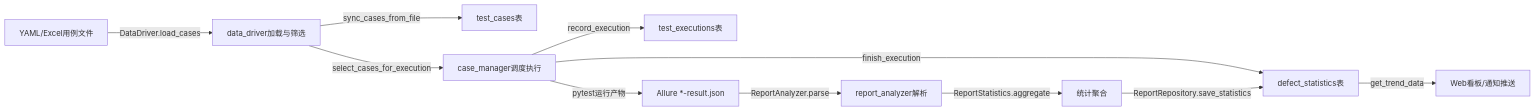
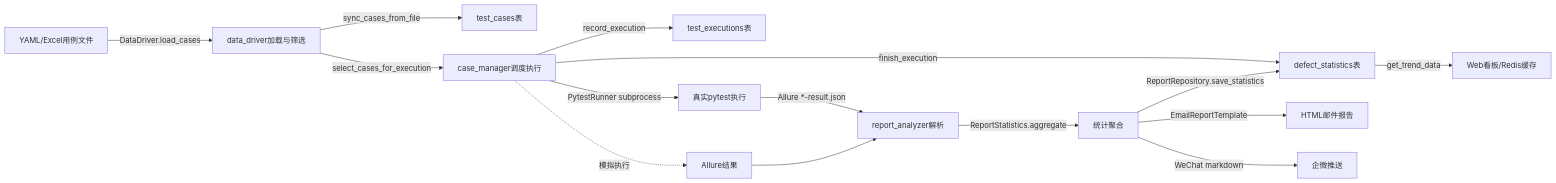
The diagram in docs/core_architecture.md (hu-chenyu/TestMatrix), drawn with Mermaid before and after one commit. The commit also changed other lines of this file and 2 other files, not shown here.

````diff
--- a/docs/core_architecture.md
+++ b/docs/core_architecture.md
@@ -17,13 +18,17 @@
 ```mermaid
 graph LR
   A[YAML/Excel用例文件] -->|DataDriver.load_cases| B[data_driver加载与筛选]
   B -->|sync_cases_from_file| C[test_cases表]
   B -->|select_cases_for_execution| D[case_manager调度执行]
   D -->|record_execution| E[test_executions表]
   D -->|finish_execution| F[defect_statistics表]
-  D -->|pytest运行产物| G[Allure *-result.json]
-  G -->|ReportAnalyzer.parse| H[report_analyzer解析]
+  D -->|PytestRunner subprocess| G[真实pytest执行]
+  G -->|Allure *-result.json| H[report_analyzer解析]
+  D -.模拟执行.-> H2[Allure结果]
+  H2 --> H
   H -->|ReportStatistics.aggregate| I[统计聚合]
   I -->|ReportRepository.save_statistics| F
-  F -->|get_trend_data| J[Web看板/通知推送]
+  I -->|EmailReportTemplate| J[HTML邮件报告]
+  I -->|WeChat markdown| K[企微推送]
+  F -->|get_trend_data| L[Web看板/Redis缓存]
 ```
````
